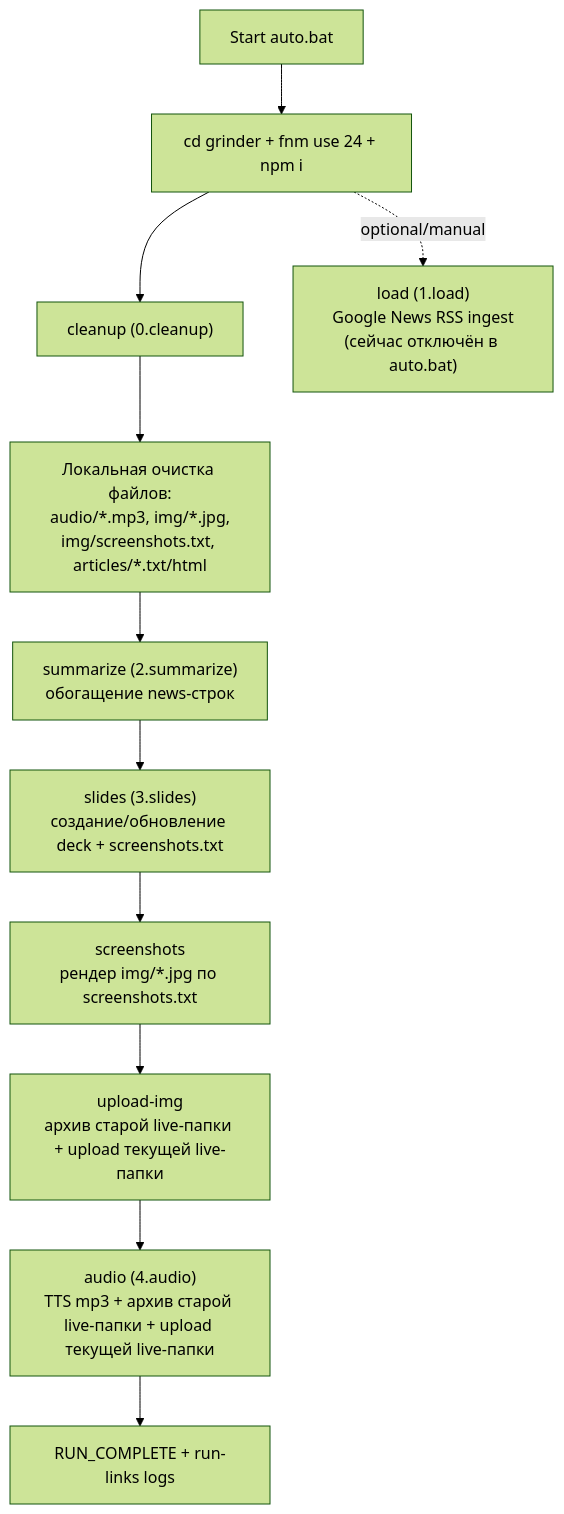
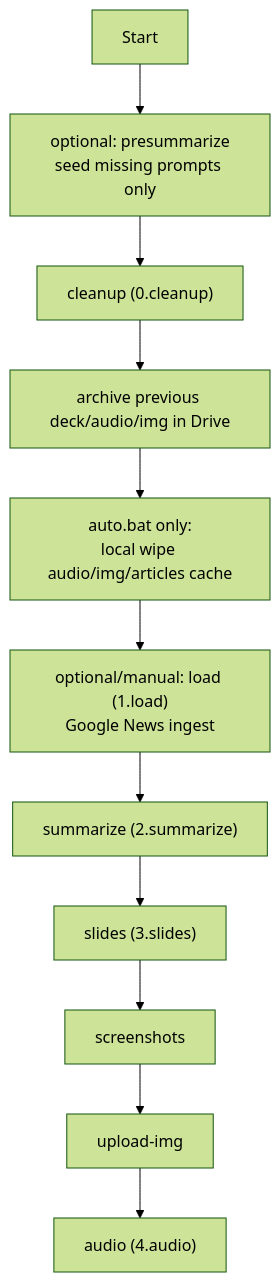
Before and after one commit to lubarsky-coffee-grinder/coffee-grinder: the first of 2 diagrams in notes/pipeline-diagram.md, drawn with Mermaid (forest theme). The commit also changed other lines of this file and 19 other files, not shown here.

````diff
--- a/notes/pipeline-diagram.md
+++ b/notes/pipeline-diagram.md
@@ -7,14 +31,13 @@
 ```mermaid
 flowchart TD
-    A["Start auto.bat"] --> B["cd grinder + fnm use 24 + npm i"]
+    A["Start"] --> B["optional: presummarize\nseed missing prompts only"]
     B --> C["cleanup (0.cleanup)"]
-    C --> D["Локальная очистка файлов:\naudio/*.mp3, img/*.jpg,\nimg/screenshots.txt, articles/*.txt/html"]
-    D --> E["summarize (2.summarize)\nобогащение news-строк"]
-    E --> F["slides (3.slides)\nсоздание/обновление deck + screenshots.txt"]
-    F --> G["screenshots\nрендер img/*.jpg по screenshots.txt"]
-    G --> H["upload-img\nархив старой live-папки + upload текущей live-папки"]
-    H --> I["audio (4.audio)\nTTS mp3 + архив старой live-папки + upload текущей live-папки"]
-    I --> J["RUN_COMPLETE + run-links logs"]
-
-    B -. optional/manual .-> L["load (1.load)\nGoogle News RSS ingest\n(сейчас отключён в auto.bat)"]
+    C --> D["archive previous deck/audio/img in Drive"]
+    D --> E["auto.bat only:\nlocal wipe audio/img/articles cache"]
+    E --> F["optional/manual: load (1.load)\nGoogle News ingest"]
+    F --> G["summarize (2.summarize)"]
+    G --> H["slides (3.slides)"]
+    H --> I["screenshots"]
+    I --> J["upload-img"]
+    J --> K["audio (4.audio)"]
 ```
````
